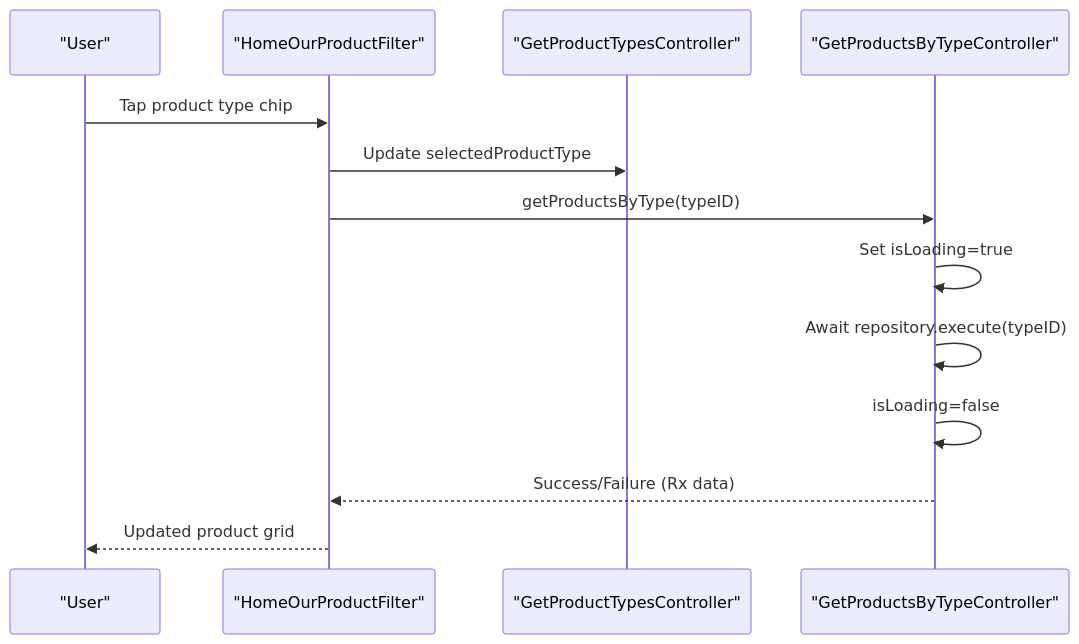
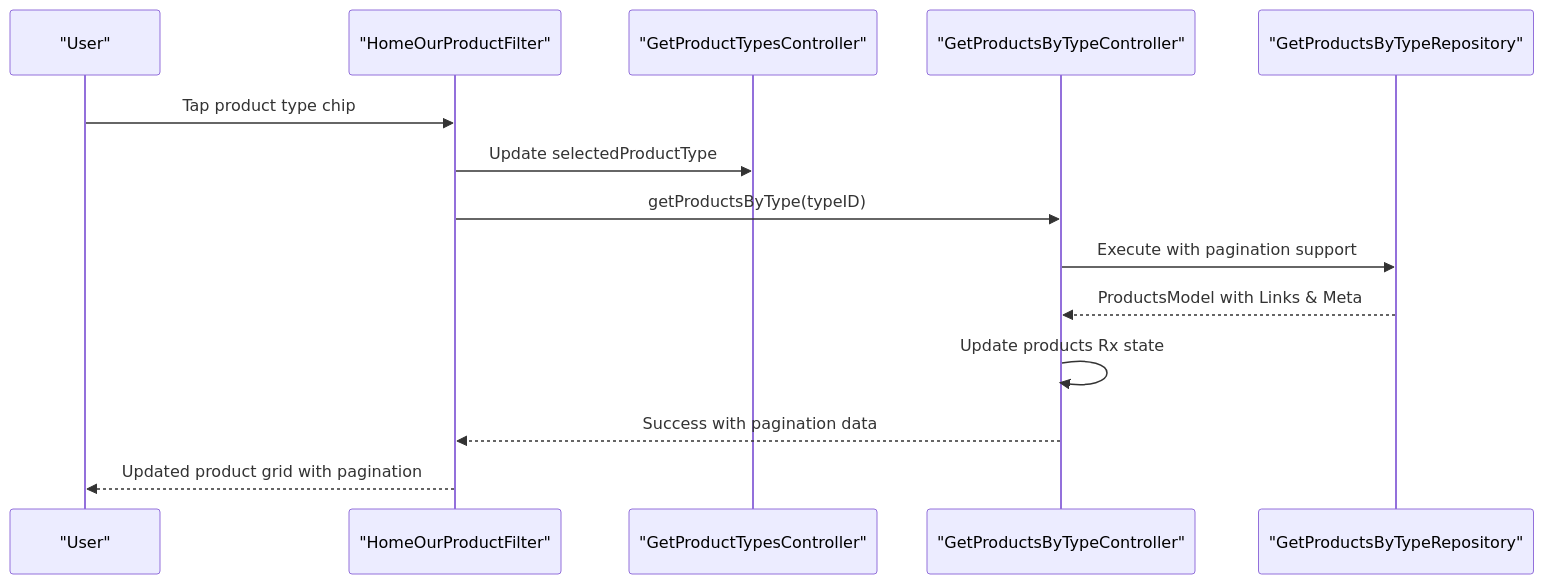
Before and after one commit to Ariful3111/FurniGo: the fourth of 11 diagrams in .qoder/repowiki/en/content/Core Features/E-commerce Platform/Product Catalog Management.md, drawn with Mermaid. The commit also changed other lines of this file and 8 other files, not shown here.

````diff
--- a/.qoder/repowiki/en/content/Core Features/E-commerce Platform/Product Catalog Management.md
+++ b/.qoder/repowiki/en/content/Core Features/E-commerce Platform/Product Catalog Management.md
@@ -176,15 +246,16 @@
 ```mermaid
 sequenceDiagram
 participant User as "User"
 participant Filter as "HomeOurProductFilter"
 participant TypesCtrl as "GetProductTypesController"
 participant ProdCtrl as "GetProductsByTypeController"
+participant Repo as "GetProductsByTypeRepository"
 User->>Filter : Tap product type chip
 Filter->>TypesCtrl : Update selectedProductType
 Filter->>ProdCtrl : getProductsByType(typeID)
-ProdCtrl->>ProdCtrl : Set isLoading=true
-ProdCtrl->>ProdCtrl : Await repository.execute(typeID)
-ProdCtrl->>ProdCtrl : isLoading=false
-ProdCtrl-->>Filter : Success/Failure (Rx data)
-Filter-->>User : Updated product grid
+ProdCtrl->>Repo : Execute with pagination support
+Repo-->>ProdCtrl : ProductsModel with Links & Meta
+ProdCtrl->>ProdCtrl : Update products Rx state
+ProdCtrl-->>Filter : Success with pagination data
+Filter-->>User : Updated product grid with pagination
 ```
````
